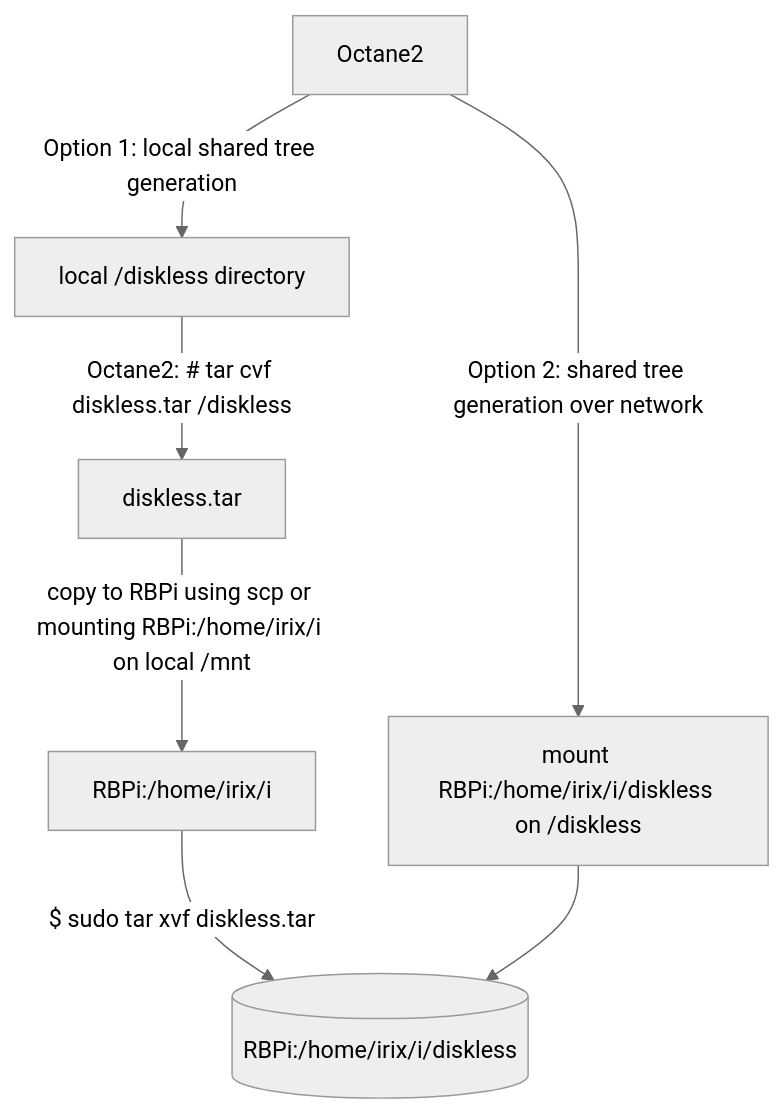
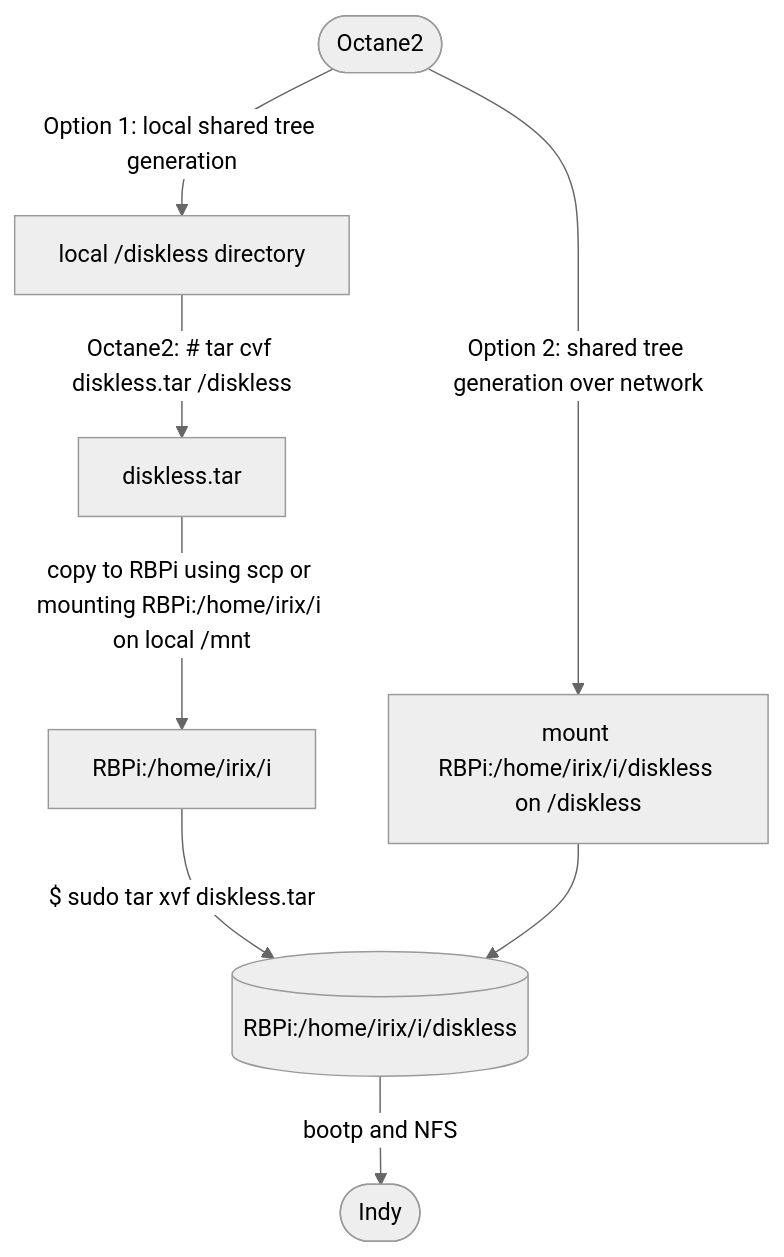
The first of 3 diagrams in README.md (Linux-RISC/IRIX-diskless-workstation), drawn with Mermaid (neutral theme) before and after one commit. The commit also changed other lines of this file, not shown here.

````diff
--- a/README.md
+++ b/README.md
@@ -28,6 +28,7 @@
 ```mermaid
 graph TD;
-    Octane2--Option 1: local shared tree generation-->local_diskless[local /diskless directory]--Octane2: # tar cvf diskless.tar /diskless-->diskless.tar;
+    Octane2([Octane2])--Option 1: local shared tree generation-->local_diskless[local /diskless directory]--Octane2: # tar cvf diskless.tar /diskless-->diskless.tar;
     diskless.tar--copy to RBPi using scp or mounting RBPi:/home/irix/i on local /mnt-->RBPi:/home/irix/i--$ sudo tar xvf diskless.tar-->RBPi[(RBPi:/home/irix/i/diskless)];
-   Octane2--Option 2: shared tree generation over network-->mount_RBPi[mount RBPi:/home/irix/i/diskless on /diskless]-->RBPi[(RBPi:/home/irix/i/diskless)];
+   Octane2([Octane2])--Option 2: shared tree generation over network-->mount_RBPi[mount RBPi:/home/irix/i/diskless on /diskless]-->RBPi[(RBPi:/home/irix/i/diskless)];
+   RBPi[(RBPi:/home/irix/i/diskless)]--bootp and NFS-->Indy([Indy]);
 ```
````
